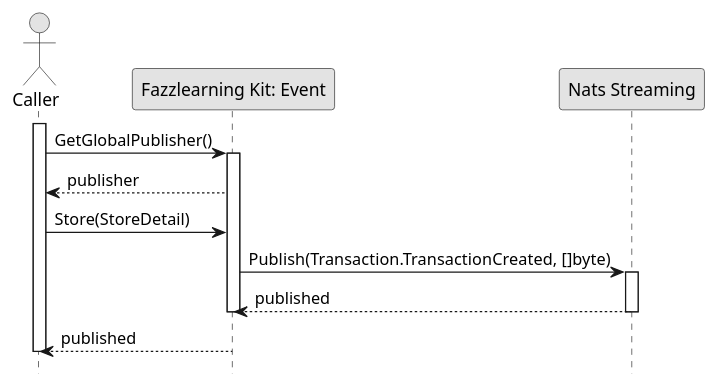
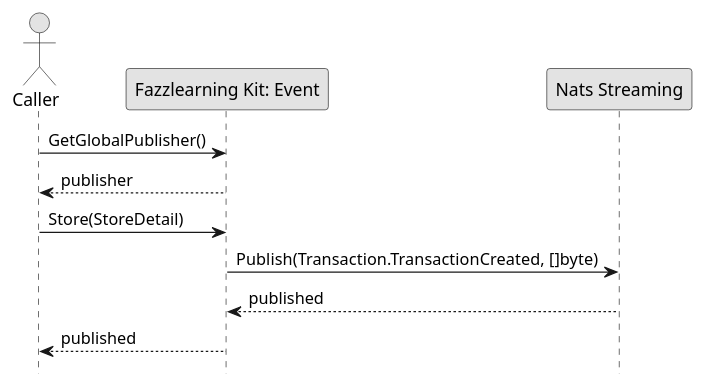
One commit to fwidjaya20/fazzlearning-uml changed the diagram in Sequence/Release02/PublishRoomTransactionCreated.wsd. Above: the diagram before and after it, drawn with PlantUML. The commit also changed 32 other files, not shown here.

Commit message:
fix(diagram): remove lifeline

```diff
--- a/Sequence/Release02/PublishRoomTransactionCreated.wsd
+++ b/Sequence/Release02/PublishRoomTransactionCreated.wsd
@@ -1,27 +1,19 @@
 @startuml PublishRoomTransactionCreated
 
 skinparam ConditionStyle hline
 skinparam Monochrome true
 skinparam Shadowing false
 hide footbox
 
 actor Caller
 participant "Fazzlearning Kit: Event" as FazzlearningKitEvent
 participant "Nats Streaming" as NatsStreaming
 
-activate Caller
-
 Caller->FazzlearningKitEvent: GetGlobalPublisher()
-activate FazzlearningKitEvent
 FazzlearningKitEvent-->Caller: publisher
 Caller->FazzlearningKitEvent: Store(StoreDetail)
 FazzlearningKitEvent->NatsStreaming: Publish(Transaction.TransactionCreated, []byte)
-activate NatsStreaming
 NatsStreaming-->FazzlearningKitEvent: published
-deactivate NatsStreaming
-deactivate FazzlearningKitEvent
 FazzlearningKitEvent-->Caller: published
 
-deactivate Caller
-
 @enduml
```
